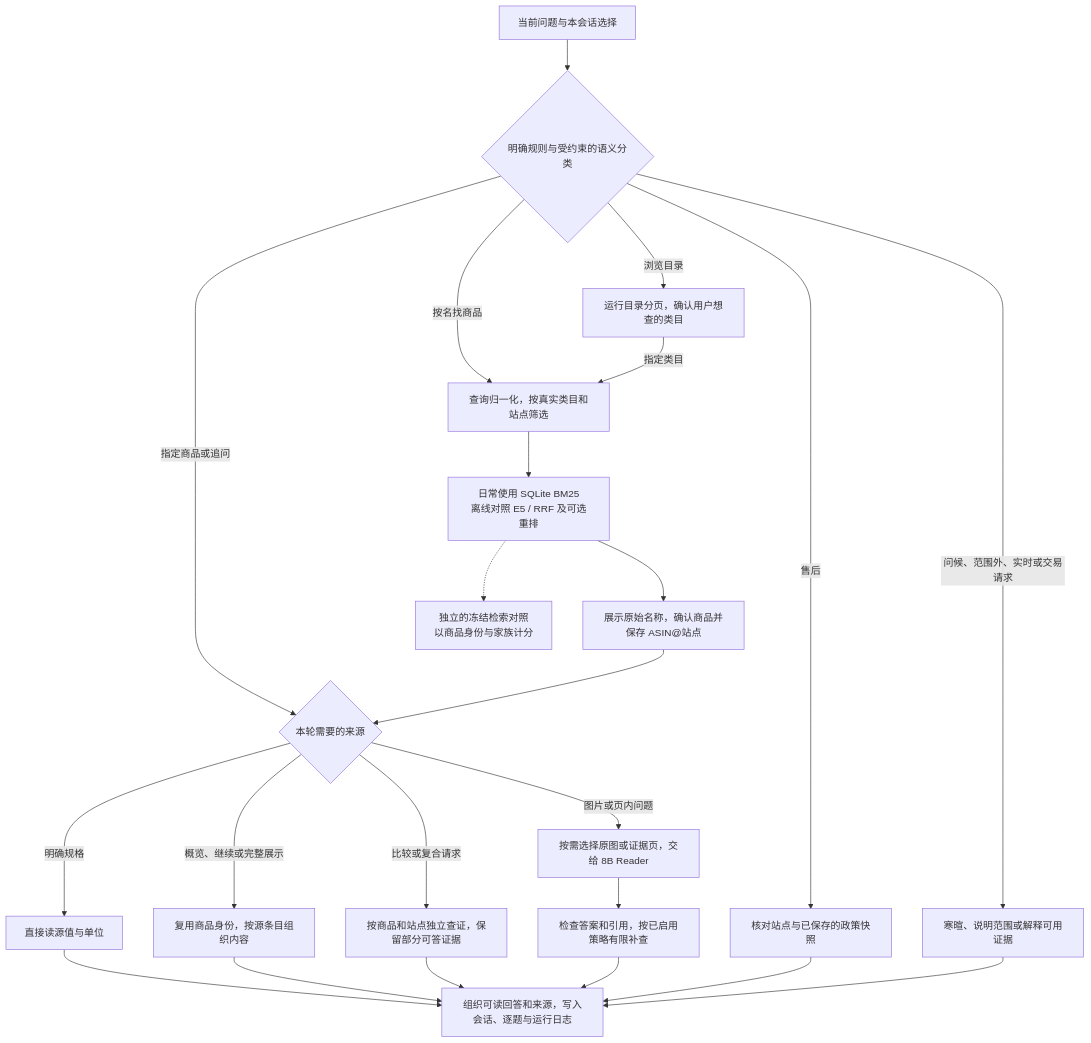
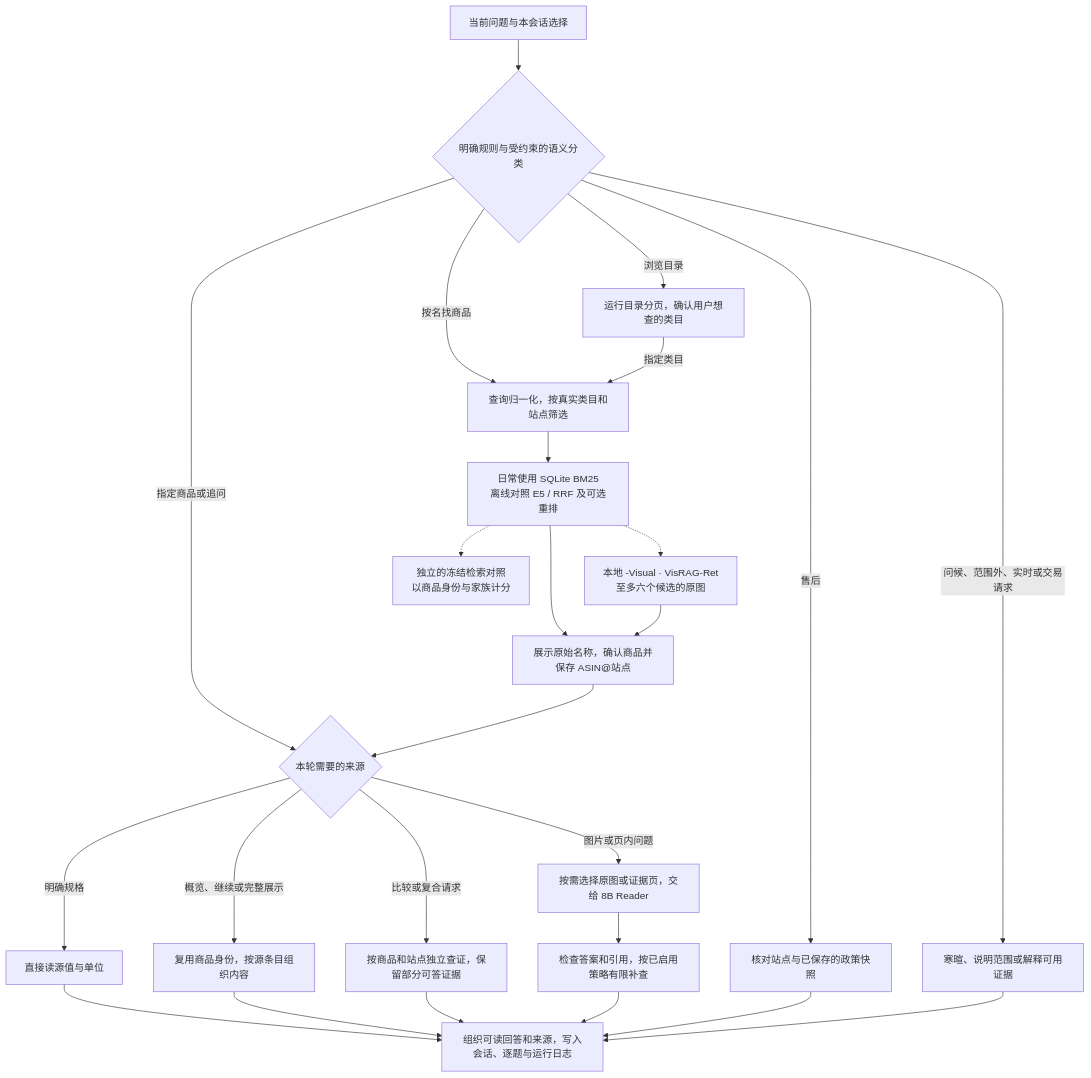
One commit to AaronYue77/ABO-Adaptive-RAG changed the second of 4 diagrams in docs/A-D阶段流程.md. Above: the diagram before and after it, drawn with Mermaid. The commit also changed other lines of this file and 19 other files, not shown here.

````diff
--- a/docs/A-D阶段流程.md
+++ b/docs/A-D阶段流程.md
@@ -35,25 +35,26 @@
 ```mermaid
 flowchart TD
     q["当前问题与本会话选择"] --> route{"明确规则与受约束的语义分类"}
     route -->|"问候、范围外、实时或交易请求"| plain["寒暄、说明范围或解释可用证据"]
     route -->|浏览目录| directory["运行目录分页，确认用户想查的类目"]
     route -->|按名找商品| search["查询归一化，按真实类目和站点筛选"]
     directory -->|指定类目| search
     search --> rank["日常使用 SQLite BM25<br/>离线对照 E5 / RRF 及可选重排"]
     rank --> choose["展示原始名称，确认商品并保存 ASIN@站点"]
+    rank -.-> visual["本地 -Visual · VisRAG-Ret<br/>至多六个候选的原图"] --> choose
     route -->|指定商品或追问| evidence{"本轮需要的来源"}
     choose --> evidence
     evidence -->|明确规格| fields["直接读源值与单位"]
     evidence -->|概览、继续或完整展示| detail["复用商品身份，按源条目组织内容"]
     evidence -->|比较或复合请求| multi["按商品和站点独立查证，保留部分可答证据"]
     evidence -->|图片或页内问题| reader["按需选择原图或证据页，交给 8B Reader"]
     route -->|售后| policy["核对站点与已保存的政策快照"]
     reader --> guard["检查答案和引用，按已启用策略有限补查"]
     fields --> answer["组织可读回答和来源，写入会话、逐题与运行日志"]
     detail --> answer
     multi --> answer
     guard --> answer
     policy --> answer
     plain --> answer
     rank -.-> offline["独立的冻结检索对照<br/>以商品身份与家族计分"]
 ```
````
